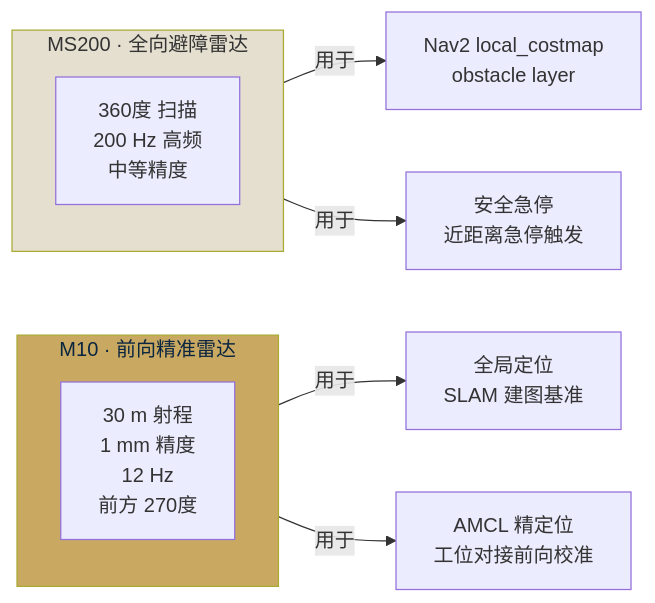
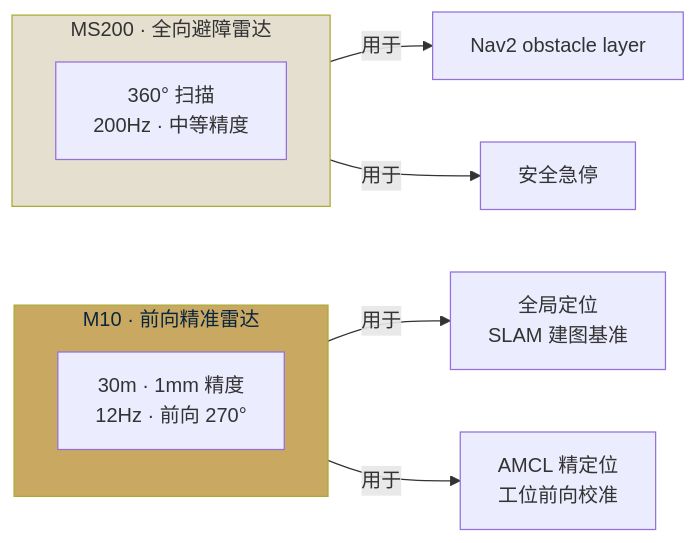
One commit to shuyx/xc-robot2lab changed the second of 12 diagrams in dev/agv-navigation-architecture/doc.md. Above: the diagram before and after it, drawn with Mermaid. The commit also changed other lines of this file and 105 other files, not shown here.

````diff
--- a/dev/agv-navigation-architecture/doc.md
+++ b/dev/agv-navigation-architecture/doc.md
@@ -94,17 +94,17 @@
 ```mermaid
 graph LR
-    subgraph M10[M10 · 前向精准雷达]
-        M10a[30 m 射程<br/>1 mm 精度<br/>12 Hz<br/>前方 270度]
+    subgraph M10["M10 · 前向精准雷达"]
+        M10a["30m · 1mm 精度<br/>12Hz · 前向 270°"]
     end
-    subgraph MS200[MS200 · 全向避障雷达]
-        MS200a[360度 扫描<br/>200 Hz 高频<br/>中等精度]
+    subgraph MS200["MS200 · 全向避障雷达"]
+        MS200a["360° 扫描<br/>200Hz · 中等精度"]
     end
 
-    M10 -->|用于| U1[全局定位<br/>SLAM 建图基准]
-    M10 -->|用于| U2[AMCL 精定位<br/>工位对接前向校准]
-    MS200 -->|用于| U3[Nav2 local_costmap<br/>obstacle layer]
-    MS200 -->|用于| U4[安全急停<br/>近距离急停触发]
+    M10 -->|用于| U1["全局定位<br/>SLAM 建图基准"]
+    M10 -->|用于| U2["AMCL 精定位<br/>工位前向校准"]
+    MS200 -->|用于| U3["Nav2 obstacle layer"]
+    MS200 -->|用于| U4["安全急停"]
 
     style M10 fill:#C9A961,color:#0A2540
     style MS200 fill:#E5DFD0
 ```
````
